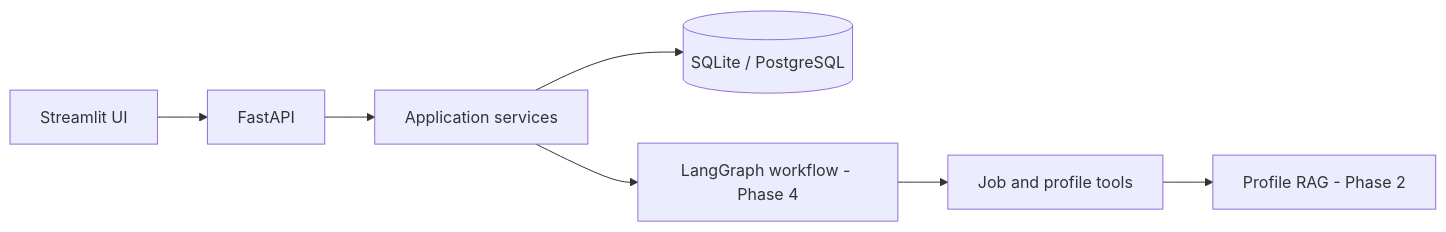
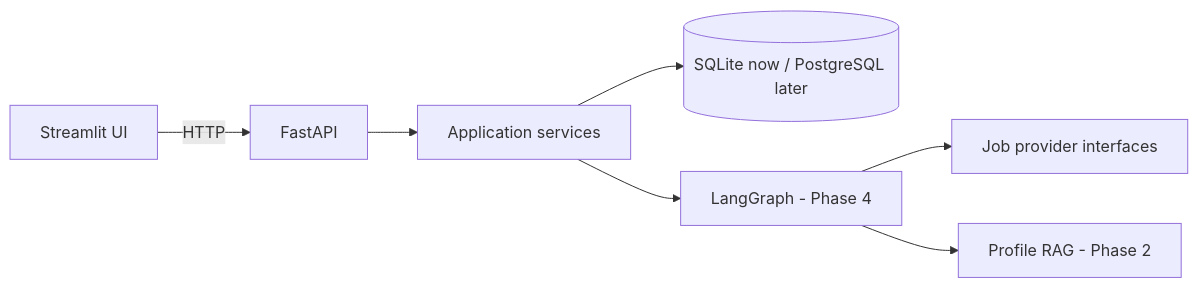
Before and after one commit to taka2706/careerpilot-ai: the diagram in docs/architecture.md, drawn with Mermaid. The commit also changed other lines of this file and 2 other files, not shown here.

Commit message:
docs: update architecture and setup guide

````diff
--- a/docs/architecture.md
+++ b/docs/architecture.md
@@ -6,9 +6,9 @@
 ```mermaid
 flowchart LR
-    UI[Streamlit UI] --> API[FastAPI]
+    UI[Streamlit UI] -->|HTTP| API[FastAPI]
     API --> Services[Application services]
-    Services --> DB[(SQLite / PostgreSQL)]
-    Services --> Graph[LangGraph workflow - Phase 4]
-    Graph --> Tools[Job and profile tools]
-    Tools --> RAG[Profile RAG - Phase 2]
+    Services --> DB[(SQLite now / PostgreSQL later)]
+    Services --> Graph[LangGraph - Phase 4]
+    Graph --> Providers[Job provider interfaces]
+    Graph --> RAG[Profile RAG - Phase 2]
 ```
````
